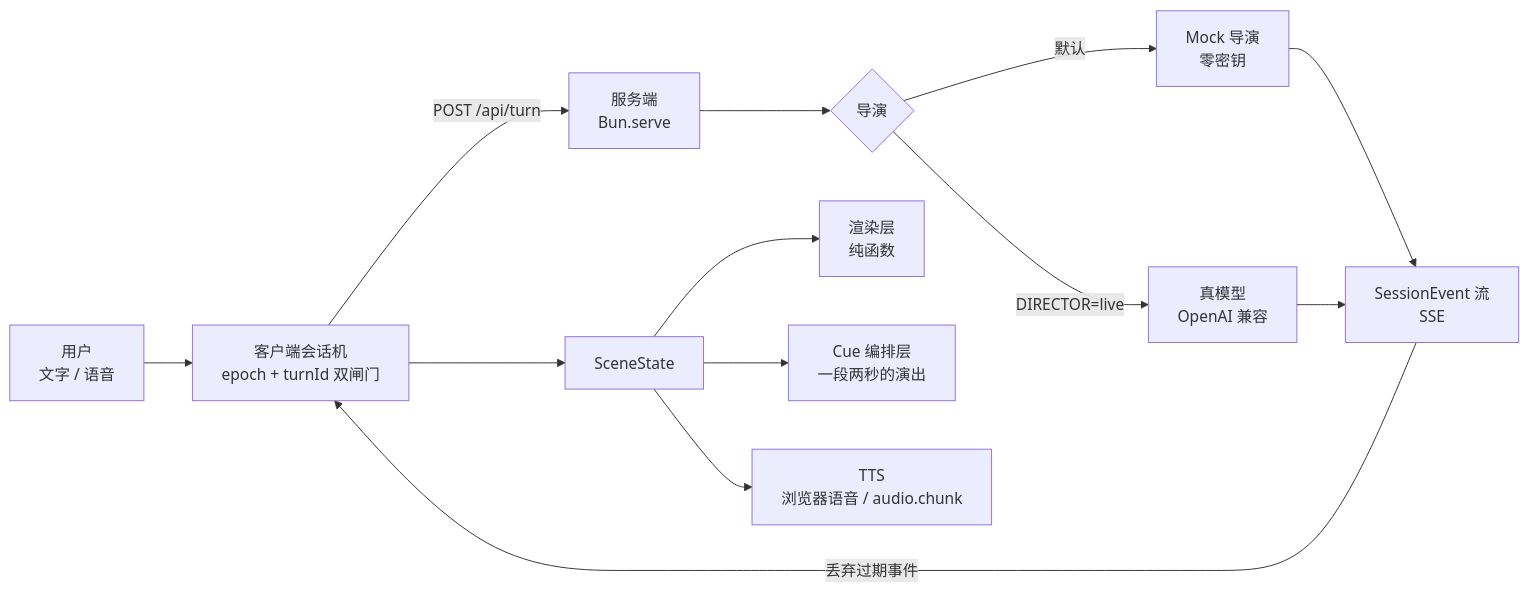
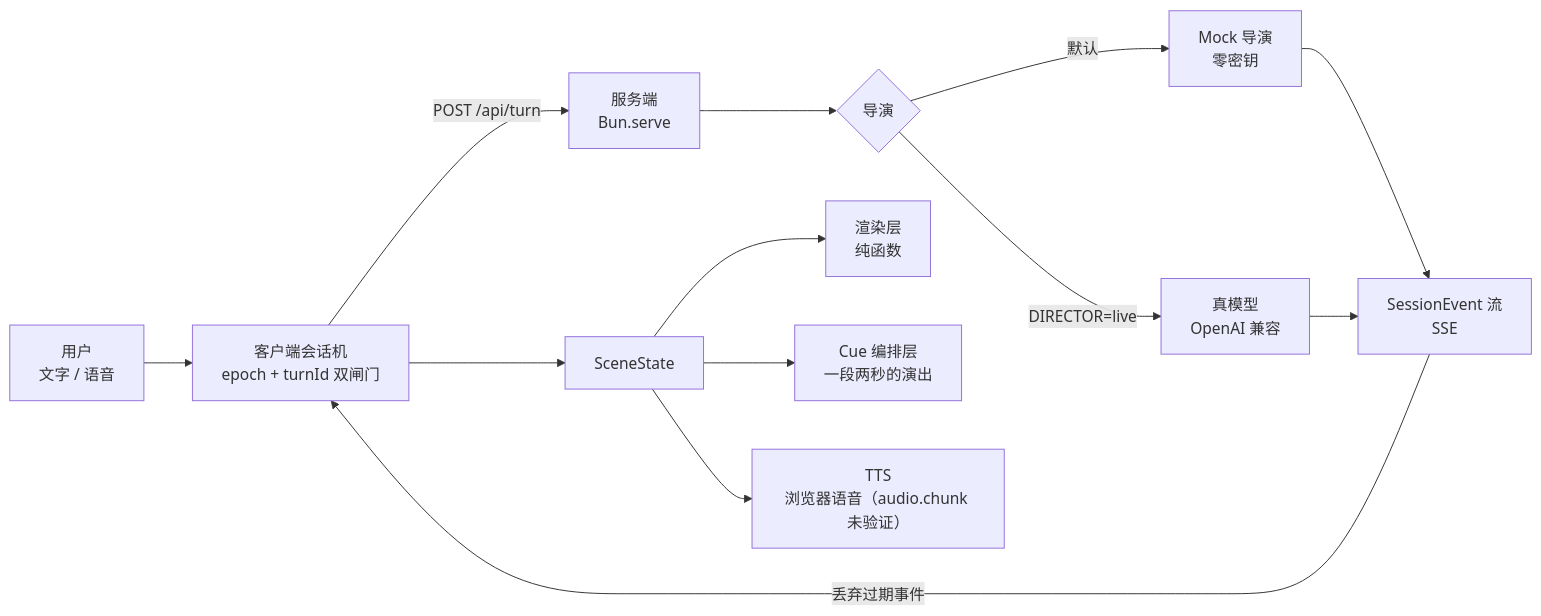
The diagram in README.md (nolotus/mira-scene), drawn with Mermaid before and after one commit. The commit also changed other lines of this file and 33 other files, not shown here.

````diff
--- a/README.md
+++ b/README.md
@@ -32,15 +41,15 @@
 ```mermaid
 flowchart LR
   U[用户<br/>文字 / 语音] --> C[客户端会话机<br/>epoch + turnId 双闸门]
   C -->|POST /api/turn| S[服务端<br/>Bun.serve]
   S --> D{导演}
   D -->|默认| M[Mock 导演<br/>零密钥]
   D -->|DIRECTOR=live| L[真模型<br/>OpenAI 兼容]
   M --> E[SessionEvent 流<br/>SSE]
   L --> E
   E -->|丢弃过期事件| C
   C --> R[SceneState]
   R --> V[渲染层<br/>纯函数]
   R --> Q[Cue 编排层<br/>一段两秒的演出]
-  R --> T[TTS<br/>浏览器语音 / audio.chunk]
+  R --> T[TTS<br/>浏览器语音（audio.chunk 未验证）]
 ```
````
